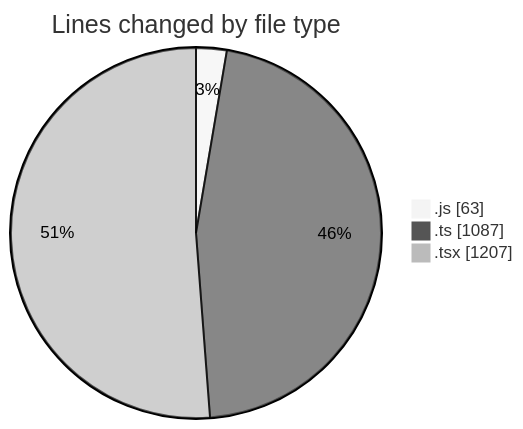
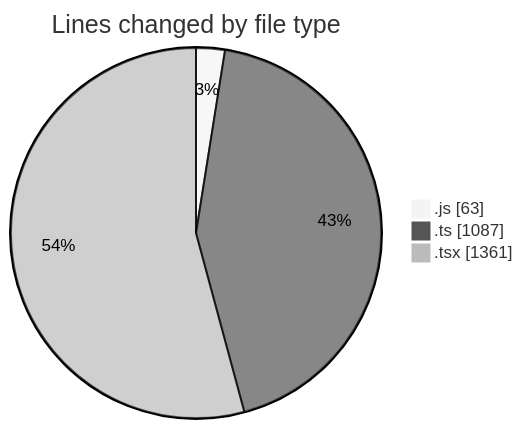
The first of 2 diagrams in 2026-08-04/cda/README.md (momahboobian/code-tracking), drawn with Mermaid (neutral theme) before and after one commit. The commit also changed other lines of this file and 1 other file, not shown here.

````diff
--- a/2026-08-04/cda/README.md
+++ b/2026-08-04/cda/README.md
@@ -35,7 +36,7 @@
 ```mermaid
 pie showData
 title Lines changed by file type
 ".js" : 63
 ".ts" : 1087
-".tsx" : 1207
+".tsx" : 1361
 ```
````
